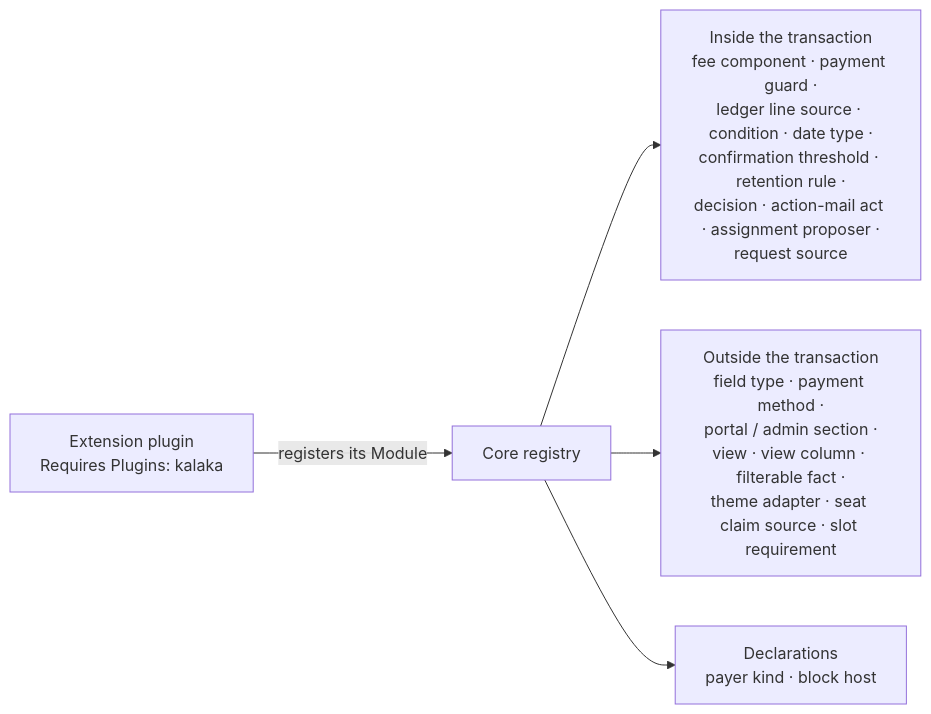
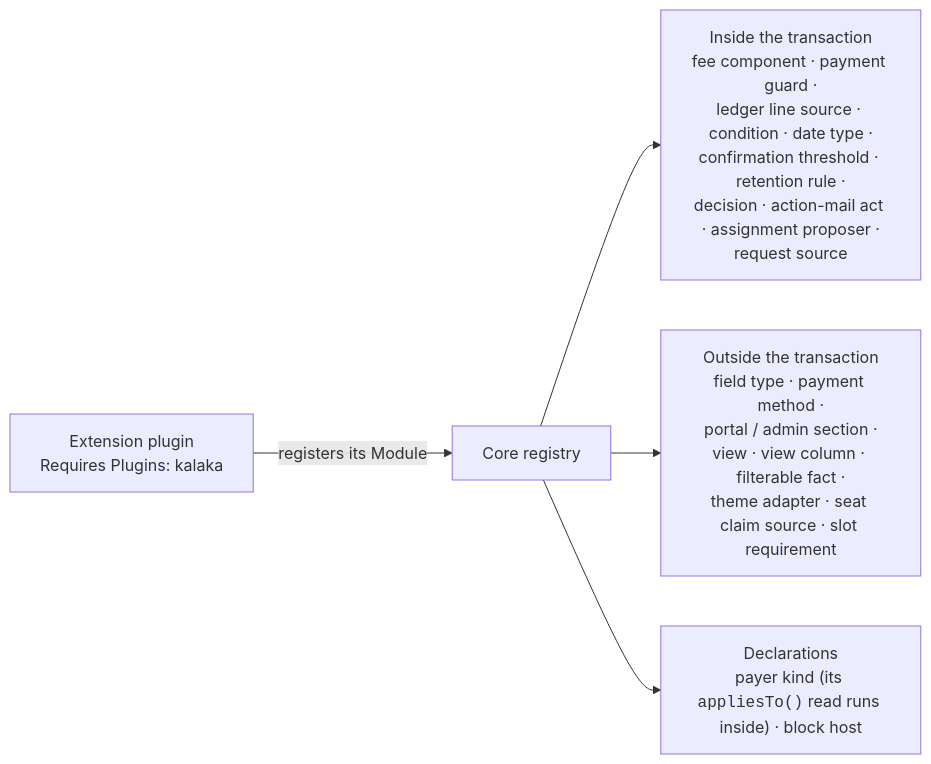
Before and after one commit to reformatus/kalaka: the second of 2 diagrams in docs/architecture/modules-and-extensions.md, drawn with Mermaid. The commit also changed other lines of this file and 7 other files, not shown here.

Commit message:
Ledger: one rule for the payer of a payment, refund or correction (the kind applies or the payer has lines), the payer kind's appliesTo() read named inside (#242 review 3, B1, B2); the share's declarer

````diff
--- a/docs/architecture/modules-and-extensions.md
+++ b/docs/architecture/modules-and-extensions.md
@@ -305,7 +305,7 @@
 ```mermaid
 flowchart LR
   EP["Extension plugin<br/>Requires Plugins: kalaka"] -->|"registers its Module"| REG["Core registry"]
   REG --> IN["Inside the transaction<br/>fee component · payment guard ·<br/>ledger line source · condition · date type ·<br/>confirmation threshold · retention rule ·<br/>decision · action-mail act · assignment proposer ·<br/>request source"]
   REG --> OUT["Outside the transaction<br/>field type · payment method ·<br/>portal / admin section ·<br/>view · view column · filterable fact ·<br/>theme adapter · seat claim source · slot requirement"]
-  REG --> DECL["Declarations<br/>payer kind · block host"]
+  REG --> DECL["Declarations<br/>payer kind (its <code>appliesTo()</code> read runs inside) · block host"]
 ```
````
